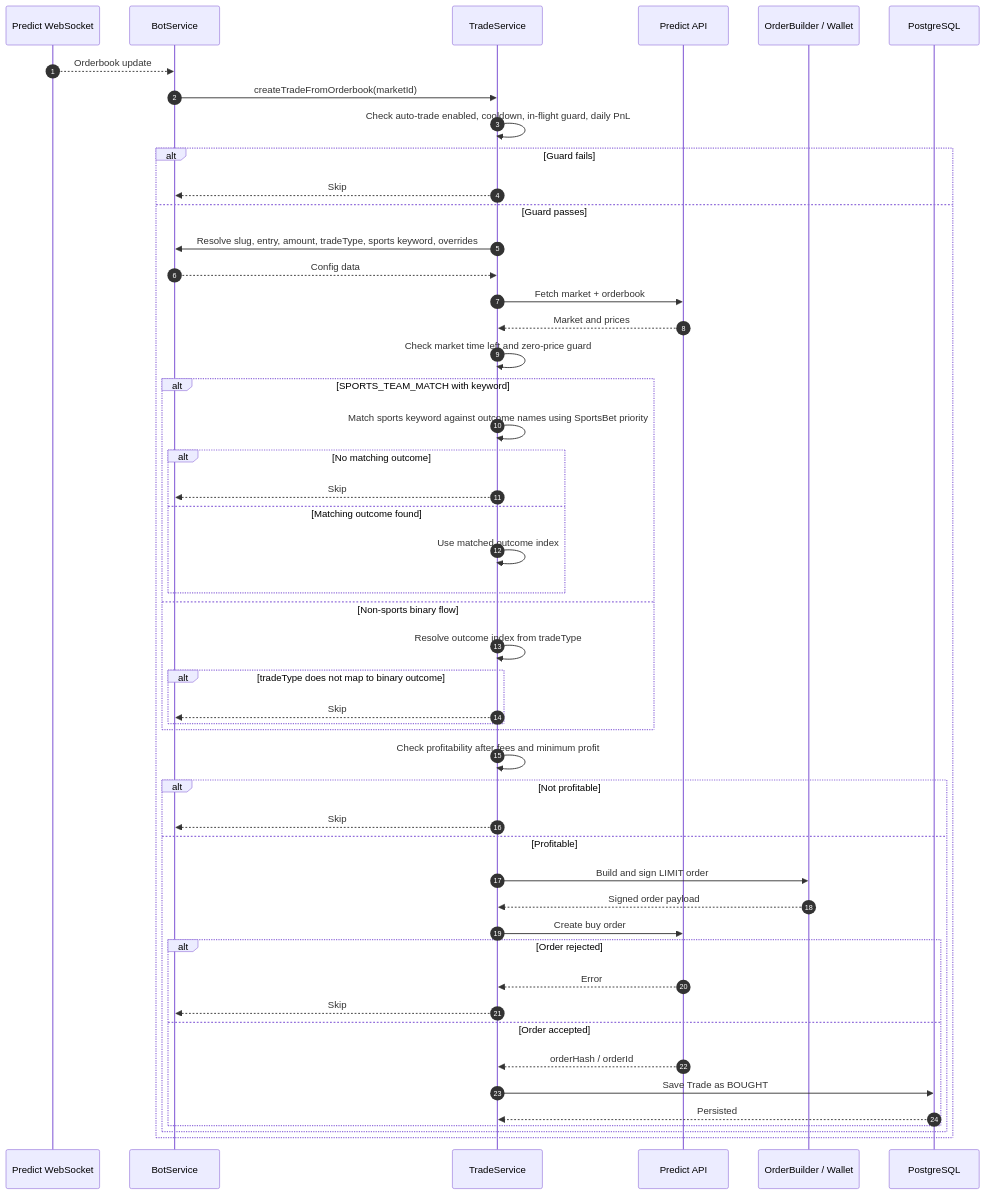
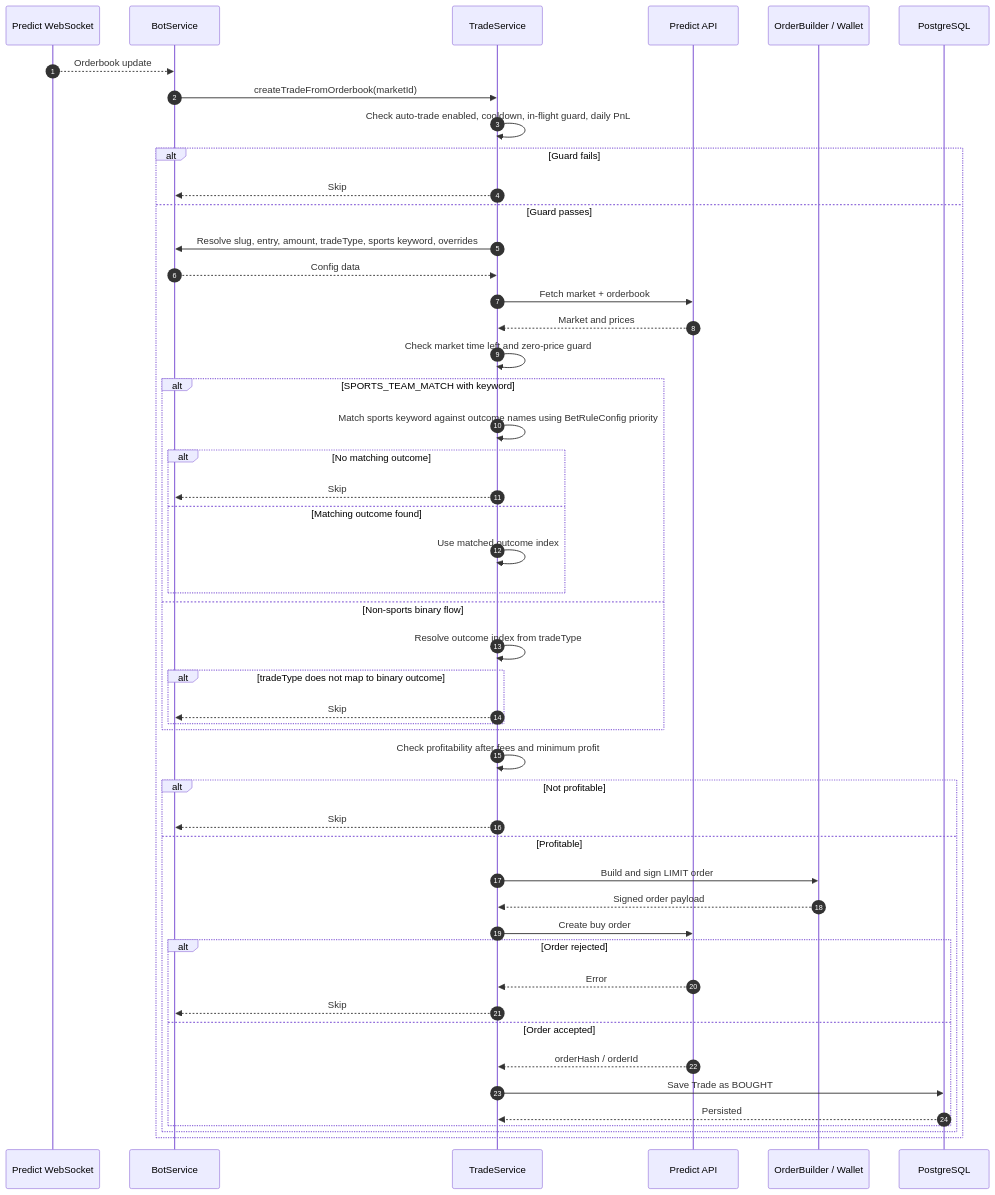
Before and after one commit to blckfsh/prediction-market-trading-bot: the first of 2 diagrams in docs/trading.md, drawn with Mermaid. The commit also changed other lines of this file and 7 other files, not shown here.

````diff
--- a/docs/trading.md
+++ b/docs/trading.md
@@ -158,53 +158,53 @@
 ```mermaid
 sequenceDiagram
   autonumber
 
   participant WS as Predict WebSocket
   participant Bot as BotService
   participant Trade as TradeService
   participant API as Predict API
   participant BSC as OrderBuilder / Wallet
   participant DB as PostgreSQL
 
   WS-->>Bot: Orderbook update
   Bot->>Trade: createTradeFromOrderbook(marketId)
   Trade->>Trade: Check auto-trade enabled, cooldown, in-flight guard, daily PnL
   alt Guard fails
     Trade-->>Bot: Skip
   else Guard passes
     Trade->>Bot: Resolve slug, entry, amount, tradeType, sports keyword, overrides
     Bot-->>Trade: Config data
     Trade->>API: Fetch market + orderbook
     API-->>Trade: Market and prices
     Trade->>Trade: Check market time left and zero-price guard
     alt SPORTS_TEAM_MATCH with keyword
-      Trade->>Trade: Match sports keyword against outcome names using SportsBet priority
+      Trade->>Trade: Match sports keyword against outcome names using BetRuleConfig priority
       alt No matching outcome
         Trade-->>Bot: Skip
       else Matching outcome found
         Trade->>Trade: Use matched outcome index
       end
     else Non-sports binary flow
       Trade->>Trade: Resolve outcome index from tradeType
       alt tradeType does not map to binary outcome
         Trade-->>Bot: Skip
       end
     end
     Trade->>Trade: Check profitability after fees and minimum profit
     alt Not profitable
       Trade-->>Bot: Skip
     else Profitable
       Trade->>BSC: Build and sign LIMIT order
       BSC-->>Trade: Signed order payload
       Trade->>API: Create buy order
       alt Order rejected
         API-->>Trade: Error
         Trade-->>Bot: Skip
       else Order accepted
         API-->>Trade: orderHash / orderId
         Trade->>DB: Save Trade as BOUGHT
         DB-->>Trade: Persisted
       end
     end
   end
 ```
````
